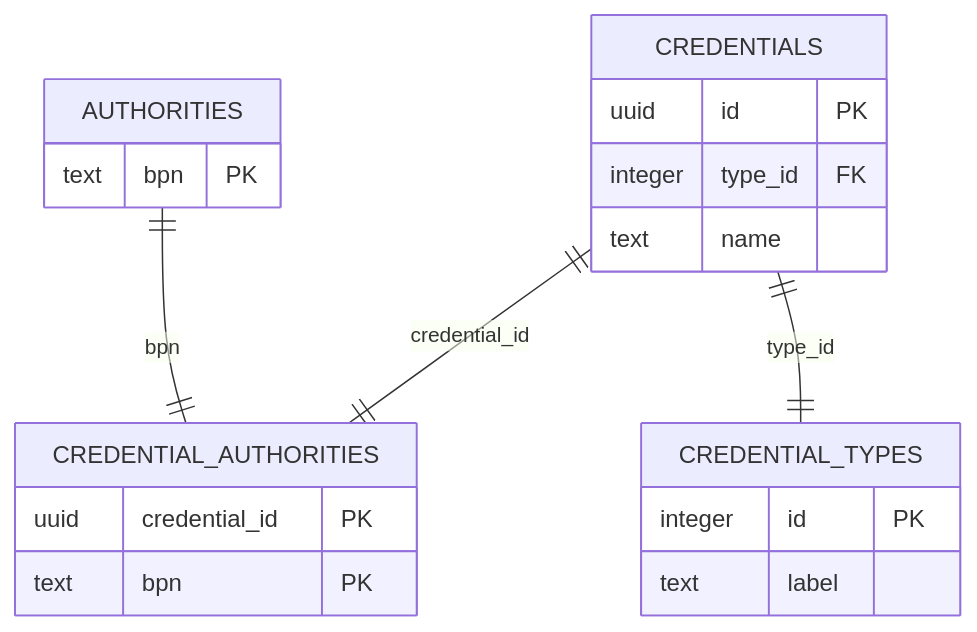
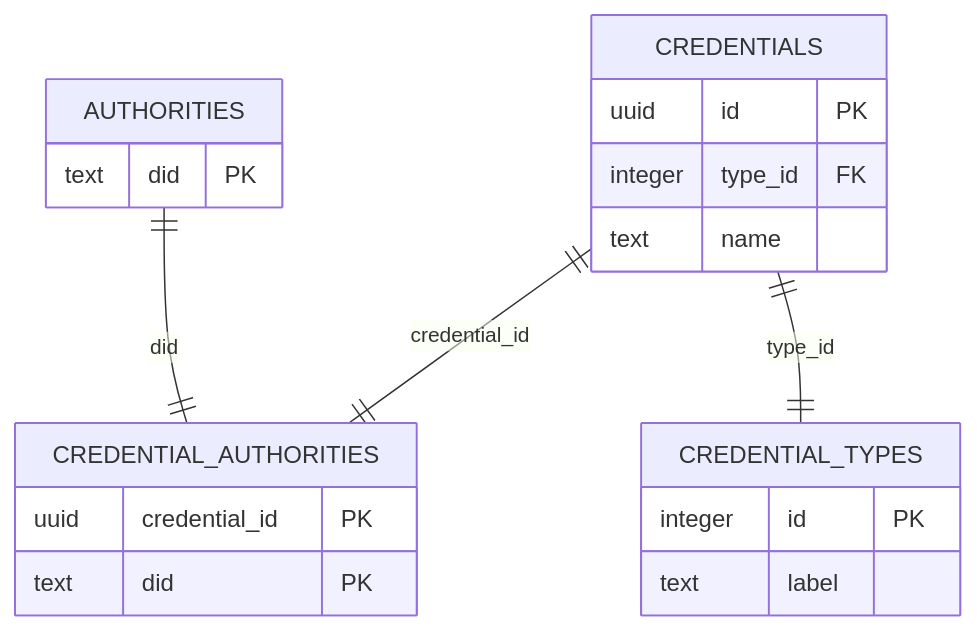
The diagram in docs/admin/db-view.md (eclipse-tractusx/ssi-authority-schema-registry), drawn with Mermaid before and after one commit. The commit also changed 23 other files, not shown here.

First line of the commit message:
feat(seeder): change bpn to did (#142)

````diff
--- a/docs/admin/db-view.md
+++ b/docs/admin/db-view.md
@@ -14,23 +14,23 @@
 ```mermaid
 erDiagram
     AUTHORITIES {
-        text bpn PK
+        text did PK
     }
     CREDENTIAL_AUTHORITIES {
         uuid credential_id PK
-        text bpn PK
+        text did PK
     }
     CREDENTIAL_TYPES {
         integer id PK
         text label
     }
     CREDENTIALS {
         uuid id PK
         integer type_id FK
         text name
     }
-    AUTHORITIES ||--|| CREDENTIAL_AUTHORITIES : bpn
+    AUTHORITIES ||--|| CREDENTIAL_AUTHORITIES : did
     CREDENTIALS ||--|| CREDENTIAL_AUTHORITIES : credential_id
     CREDENTIALS ||--|| CREDENTIAL_TYPES : type_id
 
 ```
````
